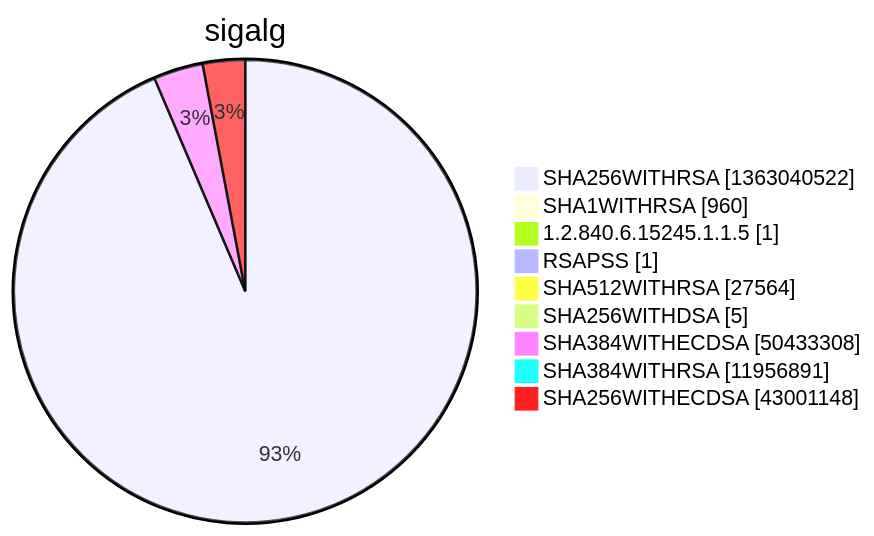
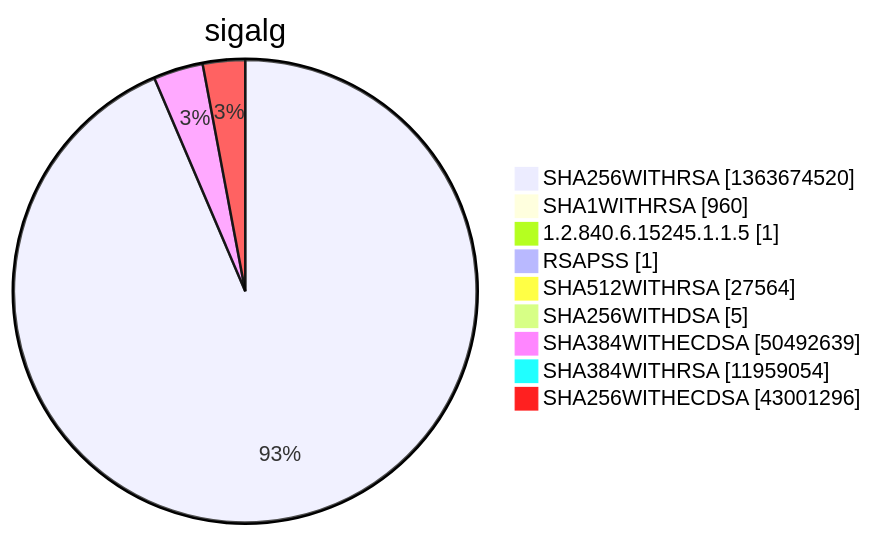
Before and after one commit to christiankrug/ctmonitor_visualization: diagram 15 of 15 in argon2022/README.md, drawn with Mermaid. The commit also changed other lines of this file, not shown here.

````diff
--- a/argon2022/README.md
+++ b/argon2022/README.md
@@ -5524,13 +5524,13 @@
 ```mermaid
 pie showData
 title sigalg
-"SHA256WITHRSA" :1363040522
+"SHA256WITHRSA" :1363674520
 "SHA1WITHRSA" :960
 "1.2.840.6.15245.1.1.5" :1
 "RSAPSS" :1
 "SHA512WITHRSA" :27564
 "SHA256WITHDSA" :5
-"SHA384WITHECDSA" :50433308
-"SHA384WITHRSA" :11956891
-"SHA256WITHECDSA" :43001148
+"SHA384WITHECDSA" :50492639
+"SHA384WITHRSA" :11959054
+"SHA256WITHECDSA" :43001296
 ```
````
